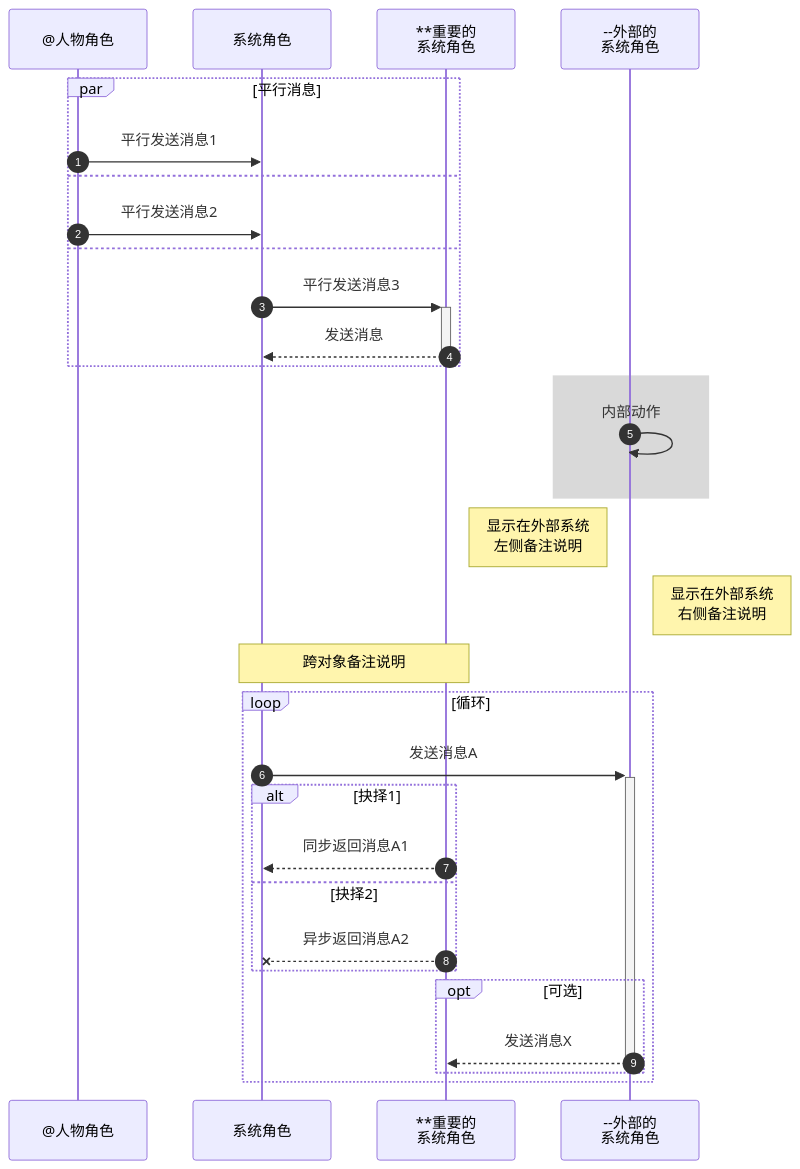
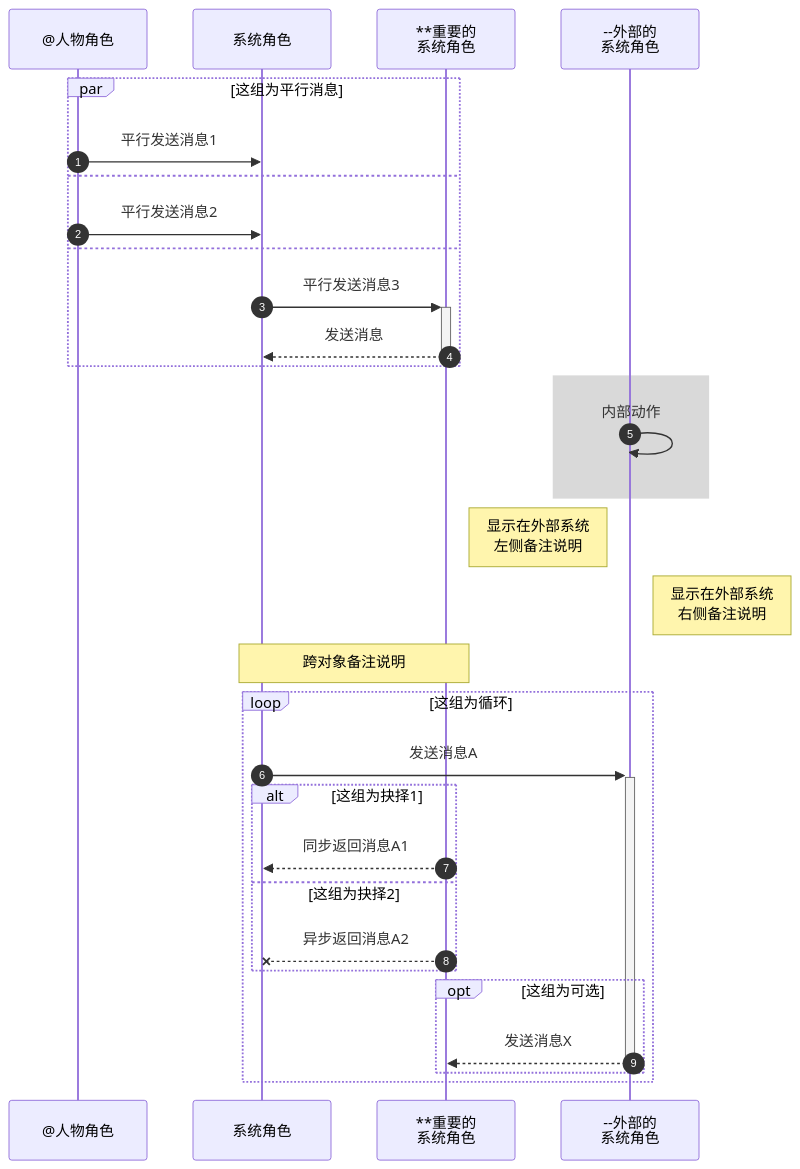
The fourth of 4 diagrams in released/demo/VLOOK 快速参考手册.md (MadMaxChow/VLOOK), drawn with Mermaid before and after one commit. The commit also changed other lines of this file and 7 other files, not shown here.

````diff
--- a/released/demo/VLOOK 快速参考手册.md
+++ b/released/demo/VLOOK 快速参考手册.md
@@ -915,39 +915,39 @@
 ```mermaid
 sequenceDiagram
 %% 设置显示消息的自动编号
 autonumber
 
 participant User as @人物角色
 participant Client as 系统角色
 participant Server as **重要的<br />系统角色
 participant Extend as --外部的<br />系统角色
 
-par 平行消息
+par 这组为平行消息
 	User ->> Client: 平行发送消息1
 and
 	User ->> Client: 平行发送消息2
 and
   Client ->>+ Server: 平行发送消息3
   Server -->>- Client: 发送消息
 end
 
 %% 设置区域高亮
 rect rgba(128, 128, 128, 0.3)
 	Extend ->> Extend: 内部动作
 end
 
 Note left of Extend: 显示在外部系统<br />左侧备注说明
 Note right of Extend: 显示在外部系统<br />右侧备注说明
 Note over Client,Server: 跨对象备注说明
-loop 循环
+loop 这组为循环
 	Client ->>+ Extend: 发送消息A
-	alt 抉择1
+	alt 这组为抉择1
 		Server -->> Client: 同步返回消息A1
-	else 抉择2
+	else 这组为抉择2
 		Server --X Client: 异步返回消息A2
 	end
-	opt 可选
+	opt 这组为可选
 		Extend -->>- Server: 发送消息X
 	end
 end
 ```
````
